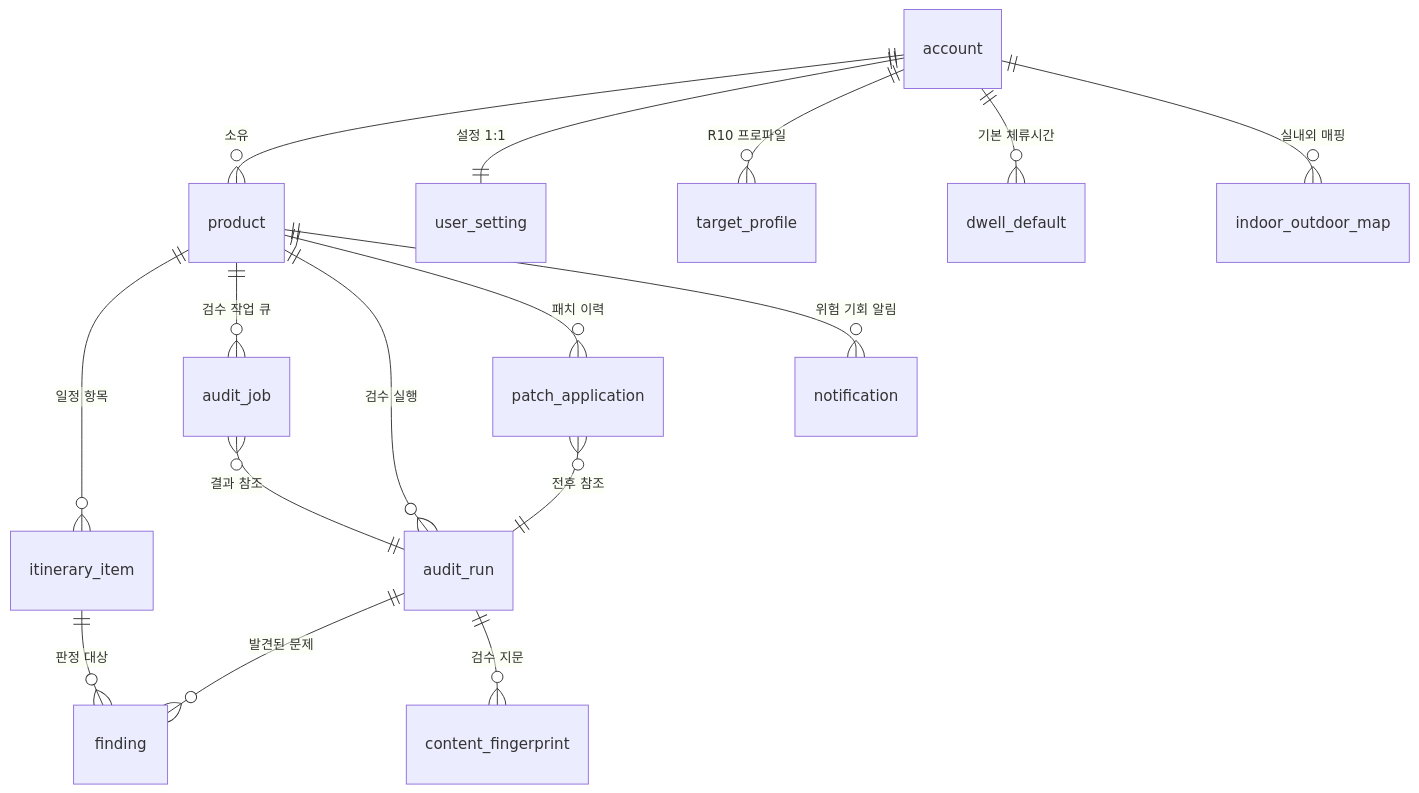
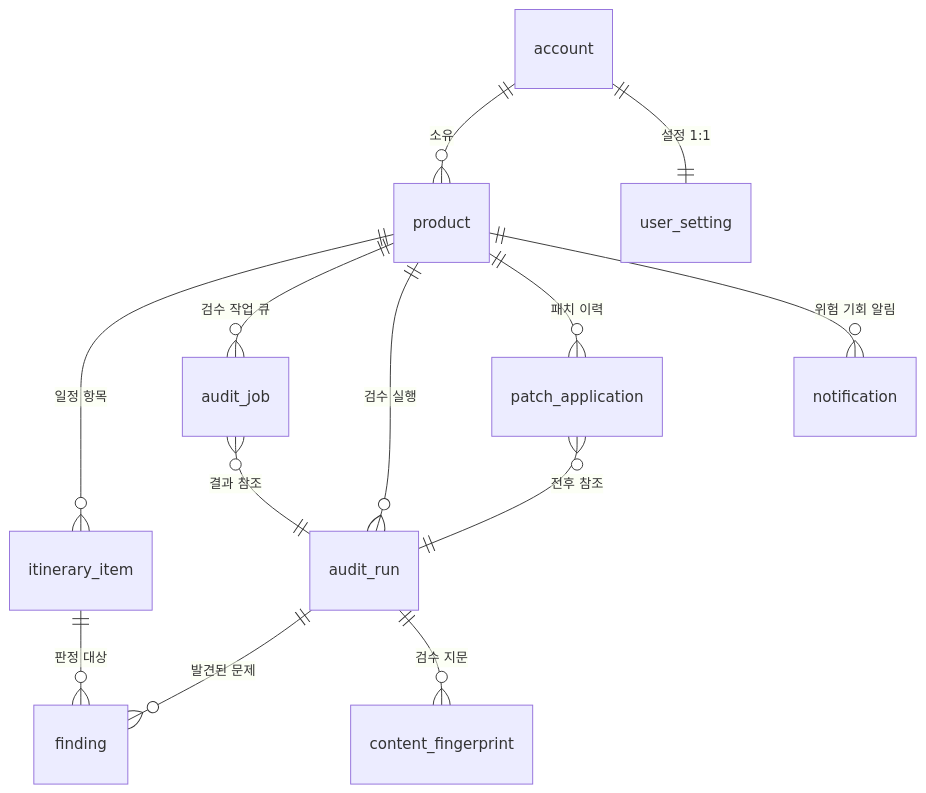
Before and after one commit to tourlint/tourlint: the diagram in docs/notion/.baseline/20_DB명세서.md, drawn with Mermaid. The commit also changed other lines of this file and 11 other files, not shown here.

````diff
--- a/docs/notion/.baseline/20_DB명세서.md
+++ b/docs/notion/.baseline/20_DB명세서.md
@@ -126,18 +126,15 @@
 ```mermaid
 erDiagram
     account ||--o{ product : "소유"
     account ||--|| user_setting : "설정 1:1"
-    account ||--o{ target_profile : "R10 프로파일"
-    account ||--o{ dwell_default : "기본 체류시간"
-    account ||--o{ indoor_outdoor_map : "실내외 매핑"
     product ||--o{ itinerary_item : "일정 항목"
     product ||--o{ audit_job : "검수 작업 큐"
     product ||--o{ audit_run : "검수 실행"
     product ||--o{ patch_application : "패치 이력"
     product ||--o{ notification : "위험 기회 알림"
     audit_run ||--o{ finding : "발견된 문제"
     audit_run ||--o{ content_fingerprint : "검수 지문"
     audit_job }o--|| audit_run : "결과 참조"
     patch_application }o--|| audit_run : "전후 참조"
     itinerary_item ||--o{ finding : "판정 대상"
 ```
````
